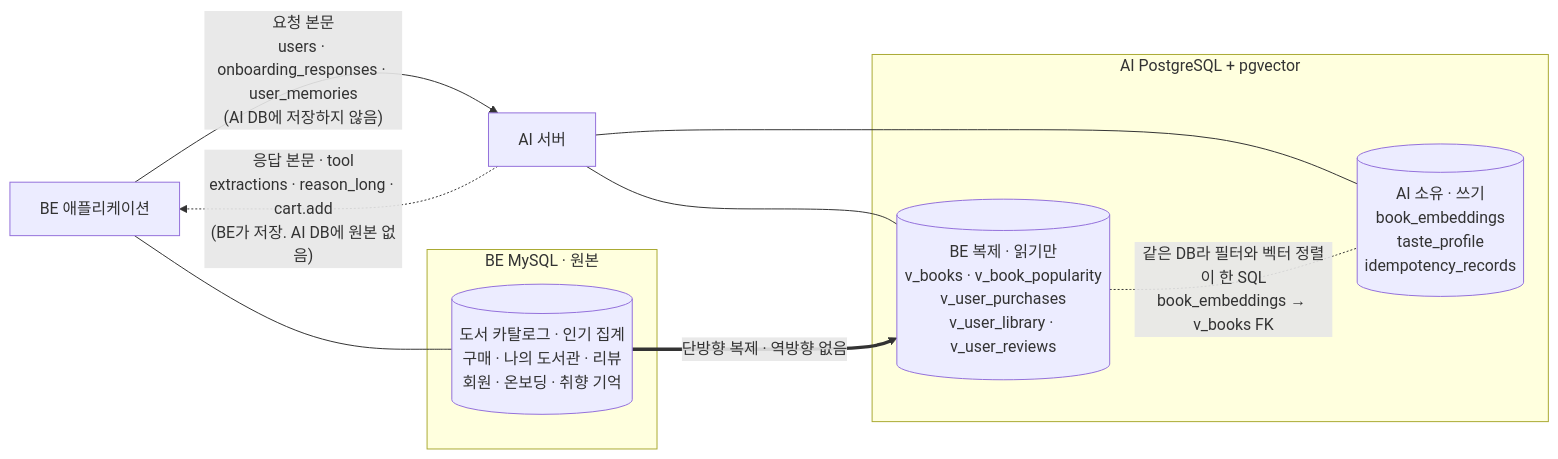
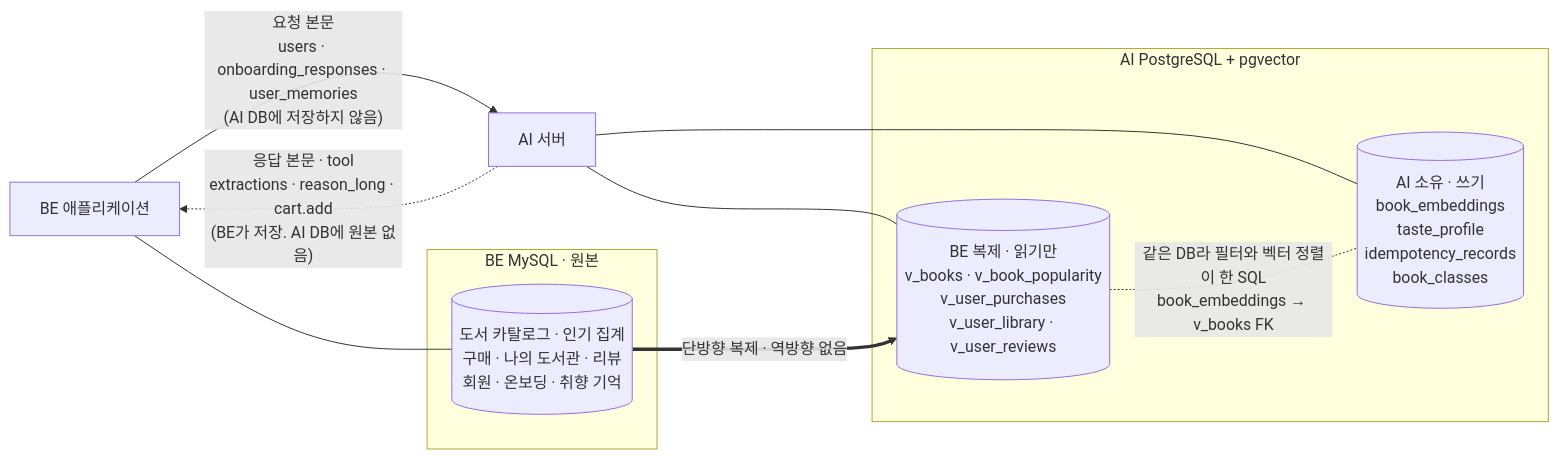
One commit to 100-hours-a-week/KTB4-13th-wiki changed the first of 2 diagrams in docs/ai/9-data-erd/appendix.md. Above: the diagram before and after it, drawn with Mermaid. The commit also changed other lines of this file and 1 other file, not shown here.

````diff
--- a/docs/ai/9-data-erd/appendix.md
+++ b/docs/ai/9-data-erd/appendix.md
@@ -15,19 +15,19 @@
 ```mermaid
 flowchart LR
     BE["BE 애플리케이션"]
     AI["AI 서버"]
     subgraph BEDB["BE MySQL · 원본"]
         SRC[("도서 카탈로그 · 인기 집계<br/>구매 · 나의 도서관 · 리뷰<br/>회원 · 온보딩 · 취향 기억")]
     end
     subgraph AIDB["AI PostgreSQL + pgvector"]
         REP[("BE 복제 · 읽기만<br/>v_books · v_book_popularity<br/>v_user_purchases<br/>v_user_library · v_user_reviews")]
-        OWN[("AI 소유 · 쓰기<br/>book_embeddings<br/>taste_profile<br/>idempotency_records")]
+        OWN[("AI 소유 · 쓰기<br/>book_embeddings<br/>taste_profile<br/>idempotency_records<br/>book_classes")]
     end
     BE --- SRC
     AI --- REP
     AI --- OWN
     SRC ==>|"단방향 복제 · 역방향 없음"| REP
     REP -.-|"같은 DB라 필터와 벡터 정렬이 한 SQL<br/>book_embeddings → v_books FK"| OWN
     BE -->|"요청 본문<br/>users · onboarding_responses · user_memories<br/>(AI DB에 저장하지 않음)"| AI
     AI -.->|"응답 본문 · tool<br/>extractions · reason_long · cart.add<br/>(BE가 저장. AI DB에 원본 없음)"| BE
 ```
````
